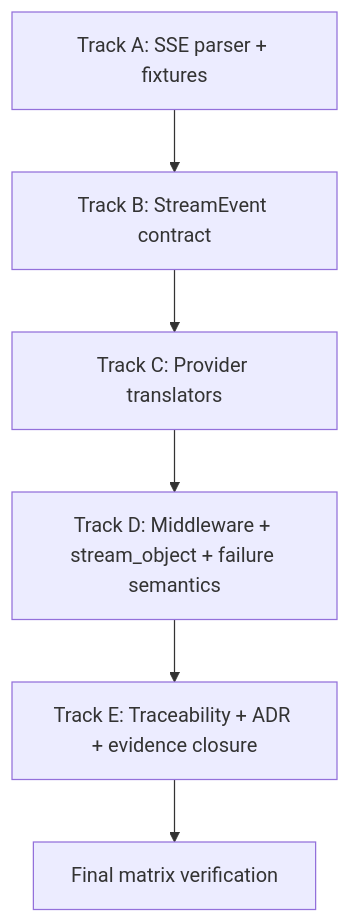
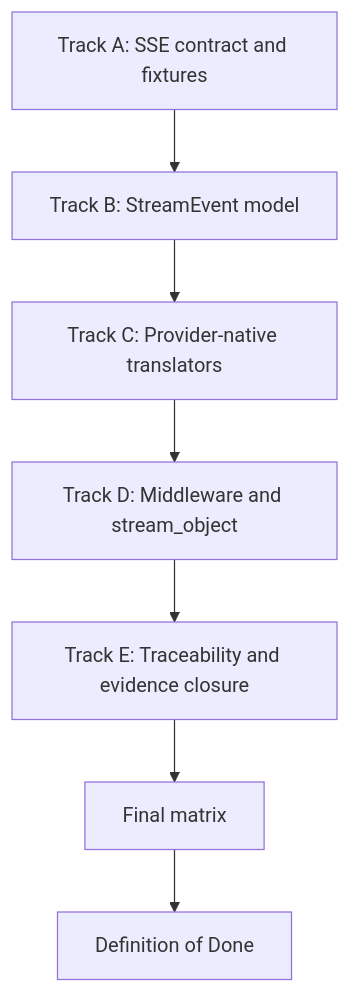
The third of 5 diagrams in docs/sprints/SPRINT-005-comprehensive-implementation-plan.md (jaytaylor/attractor-tcl), drawn with Mermaid before and after one commit. The commit also changed other lines of this file, not shown here.

````diff
--- a/docs/sprints/SPRINT-005-comprehensive-implementation-plan.md
+++ b/docs/sprints/SPRINT-005-comprehensive-implementation-plan.md
@@ -1068,8 +910,9 @@
 ```mermaid
 flowchart TD
-  A[Track A: SSE parser + fixtures] --> B[Track B: StreamEvent contract]
-  B --> C[Track C: Provider translators]
-  C --> D[Track D: Middleware + stream_object + failure semantics]
-  D --> E[Track E: Traceability + ADR + evidence closure]
-  E --> F[Final matrix verification]
+  A[Track A: SSE contract and fixtures] --> B[Track B: StreamEvent model]
+  B --> C[Track C: Provider-native translators]
+  C --> D[Track D: Middleware and stream_object]
+  D --> E[Track E: Traceability and evidence closure]
+  E --> F[Final matrix]
+  F --> G[Definition of Done]
 ```
````
